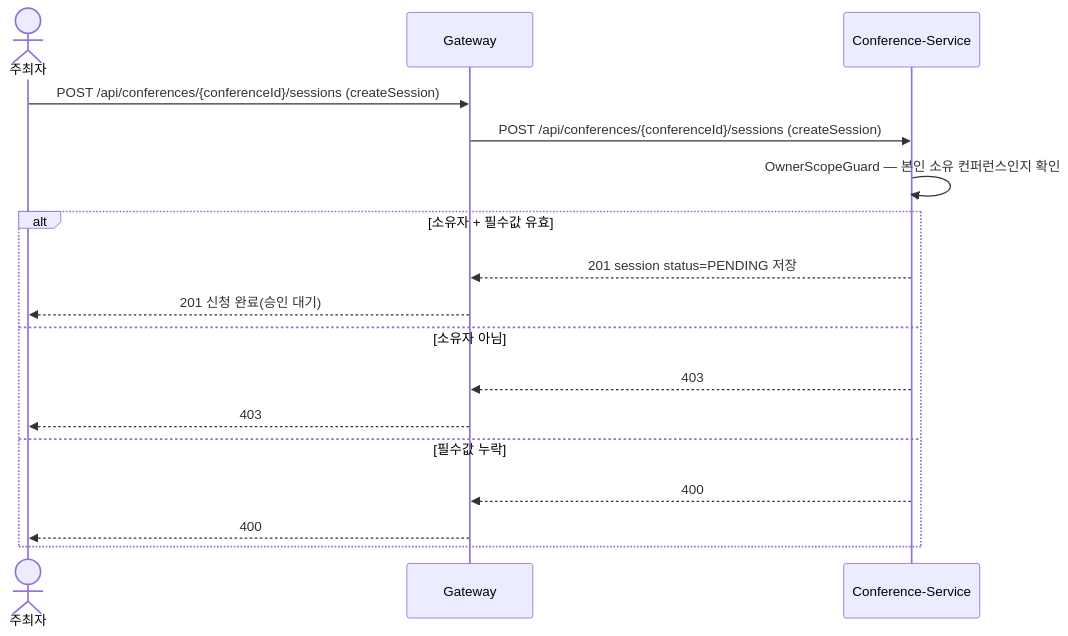
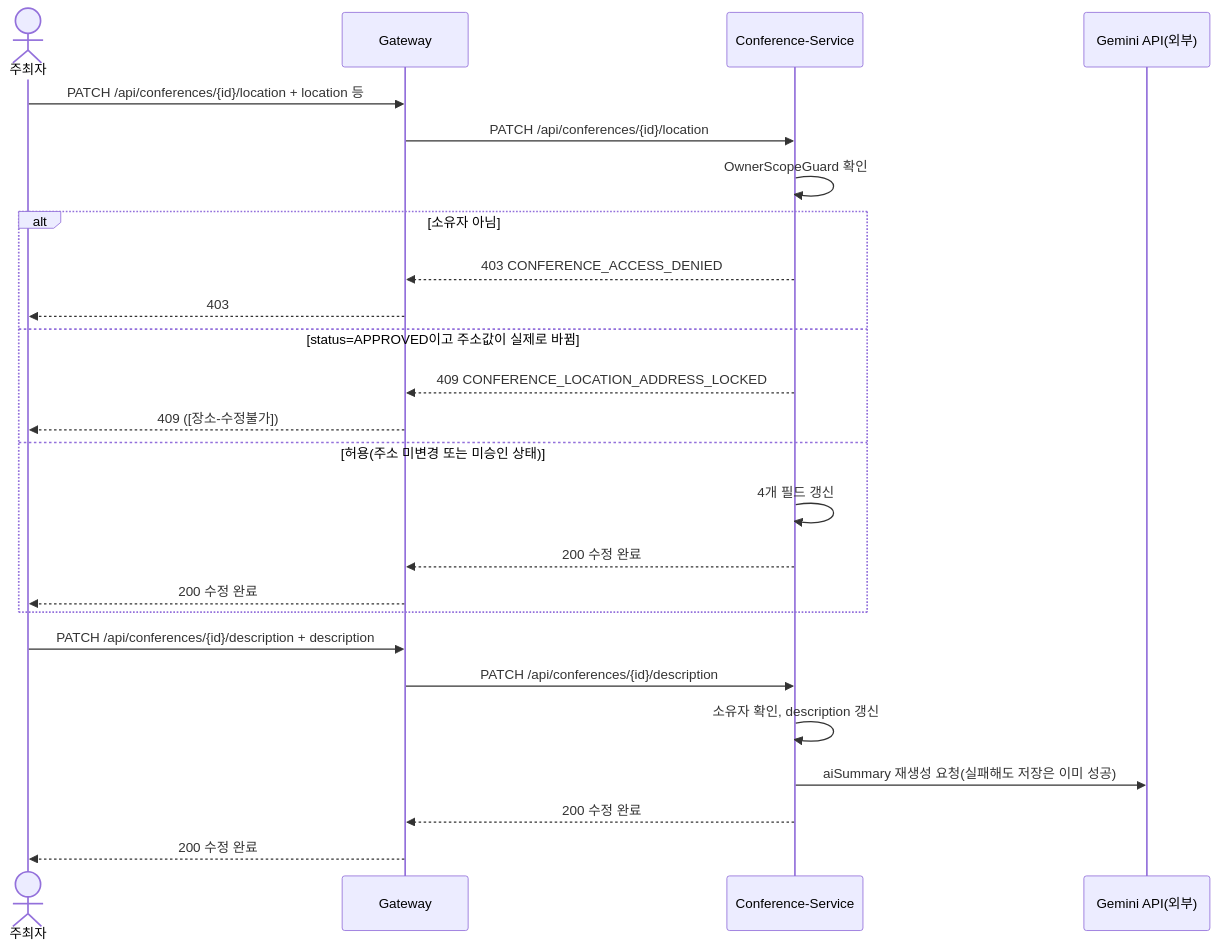
Diagram 13 of 30 in docs/시퀀스.md (likelion-backend-24th/Final-Project-Team3), drawn with Mermaid before and after one commit. The commit also changed other lines of this file and 4 other files, not shown here.

````diff
--- a/docs/시퀀스.md
+++ b/docs/시퀀스.md
@@ -184,19 +350,27 @@
 ```mermaid
 sequenceDiagram
     actor O as 주최자
     participant G as Gateway
     participant CS as Conference-Service
-    O->>G: POST /api/conferences/{conferenceId}/sessions (createSession)
-    G->>CS: POST /api/conferences/{conferenceId}/sessions (createSession)
-    CS->>CS: OwnerScopeGuard — 본인 소유 컨퍼런스인지 확인
-    alt 소유자 + 필수값 유효
-        CS-->>G: 201 session status=PENDING 저장
-        G-->>O: 201 신청 완료(승인 대기)
-    else 소유자 아님
-        CS-->>G: 403
+    participant AI as Gemini API(외부)
+    O->>G: PATCH /api/conferences/{id}/location + location 등
+    G->>CS: PATCH /api/conferences/{id}/location
+    CS->>CS: OwnerScopeGuard 확인
+    alt 소유자 아님
+        CS-->>G: 403 CONFERENCE_ACCESS_DENIED
         G-->>O: 403
-    else 필수값 누락
-        CS-->>G: 400
-        G-->>O: 400
+    else status=APPROVED이고 주소값이 실제로 바뀜
+        CS-->>G: 409 CONFERENCE_LOCATION_ADDRESS_LOCKED
+        G-->>O: 409 ([장소-수정불가])
+    else 허용(주소 미변경 또는 미승인 상태)
+        CS->>CS: 4개 필드 갱신
+        CS-->>G: 200 수정 완료
+        G-->>O: 200 수정 완료
     end
+    O->>G: PATCH /api/conferences/{id}/description + description
+    G->>CS: PATCH /api/conferences/{id}/description
+    CS->>CS: 소유자 확인, description 갱신
+    CS->>AI: aiSummary 재생성 요청(실패해도 저장은 이미 성공)
+    CS-->>G: 200 수정 완료
+    G-->>O: 200 수정 완료
 ```
````
